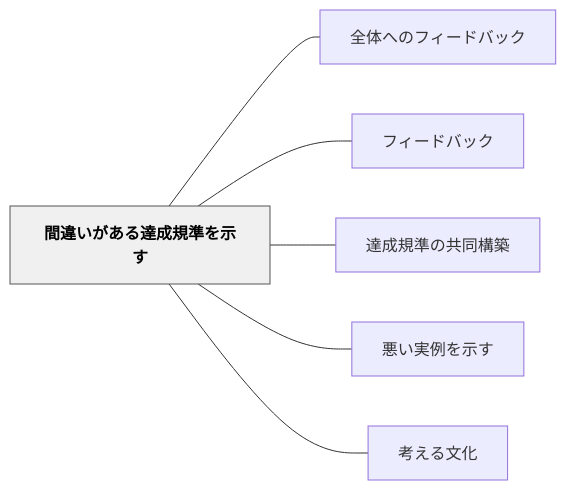
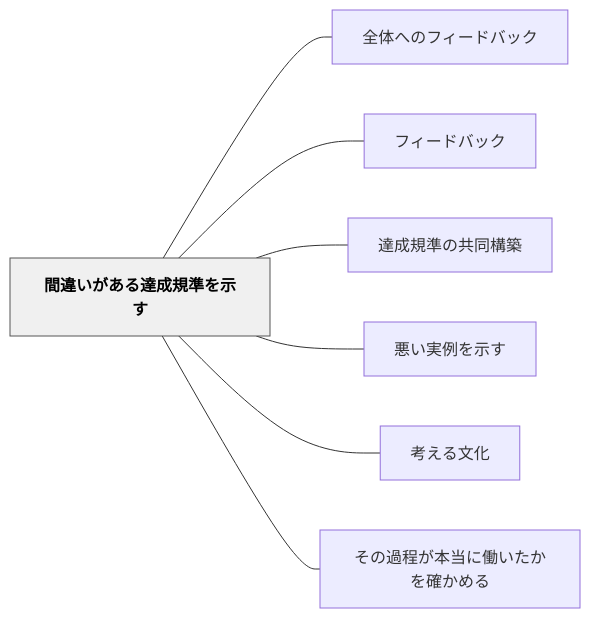
The diagram in content/パタン/間違いがある達成規準を示す.md (unknownthings-ed-patterns/unknownthings-ed-patterns), drawn with Mermaid before and after one commit. The commit also changed other lines of this file and 17 other files, not shown here.

````diff
--- a/content/パタン/間違いがある達成規準を示す.md
+++ b/content/パタン/間違いがある達成規準を示す.md
@@ -43,18 +43,20 @@
 ```mermaid
 flowchart LR
     ne99693e98195e38184e3818ce38182e3828be98194e68890e8a68fe6ba96e38292e7a4bae38199["間違いがある達成規準を示す"]
     ne585a8e4bd93e381b8e381aee38395e382a3e383bce38389e38390e38383e382af["全体へのフィードバック"]
     ne38395e382a3e383bce38389e38390e38383e382af["フィードバック"]
     ne98194e68890e8a68fe6ba96e381aee585b1e5908ce6a78be7af89["達成規準の共同構築"]
     ne682aae38184e5ae9fe4be8be38292e7a4bae38199["悪い実例を示す"]
     ne88083e38188e3828be69687e58c96["考える文化"]
+    ne3819de381aee9818ee7a88be3818ce69cace5bd93e381abe5838de38184e3819fe3818be38292e7a2bae3818be38281e3828b["その過程が本当に働いたかを確かめる"]
 
     ne99693e98195e38184e3818ce38182e3828be98194e68890e8a68fe6ba96e38292e7a4bae38199 --- ne585a8e4bd93e381b8e381aee38395e382a3e383bce38389e38390e38383e382af
     ne99693e98195e38184e3818ce38182e3828be98194e68890e8a68fe6ba96e38292e7a4bae38199 --- ne38395e382a3e383bce38389e38390e38383e382af
     ne99693e98195e38184e3818ce38182e3828be98194e68890e8a68fe6ba96e38292e7a4bae38199 --- ne98194e68890e8a68fe6ba96e381aee585b1e5908ce6a78be7af89
     ne99693e98195e38184e3818ce38182e3828be98194e68890e8a68fe6ba96e38292e7a4bae38199 --- ne682aae38184e5ae9fe4be8be38292e7a4bae38199
     ne99693e98195e38184e3818ce38182e3828be98194e68890e8a68fe6ba96e38292e7a4bae38199 --- ne88083e38188e3828be69687e58c96
+    ne99693e98195e38184e3818ce38182e3828be98194e68890e8a68fe6ba96e38292e7a4bae38199 --- ne3819de381aee9818ee7a88be3818ce69cace5bd93e381abe5838de38184e3819fe3818be38292e7a2bae3818be38281e3828b
 
     classDef hub fill:#f0f0f0,stroke:#555,color:#000,font-weight:bold
     class ne99693e98195e38184e3818ce38182e3828be98194e68890e8a68fe6ba96e38292e7a4bae38199 hub
 ```
````
